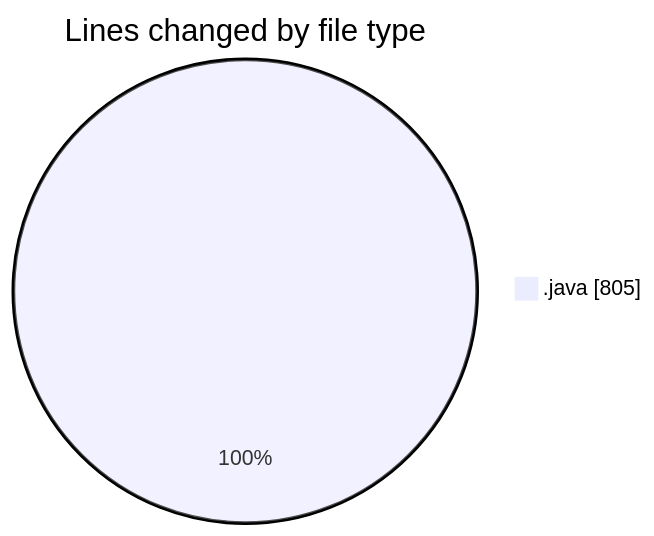
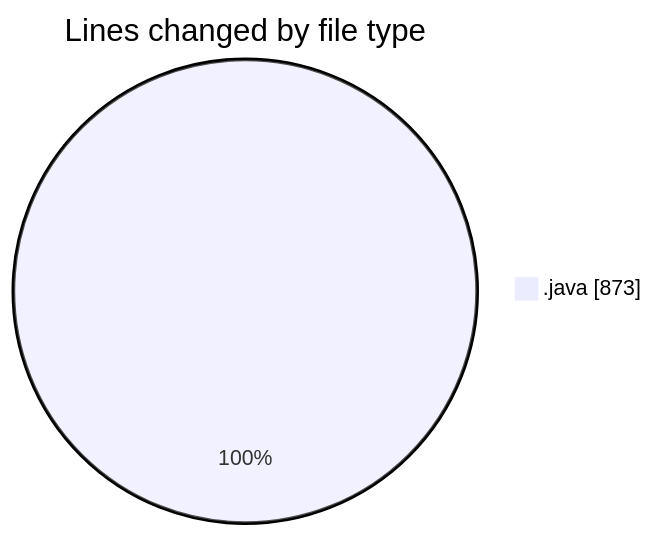
The first of 2 diagrams in 2025-04-02/startfiles__2_/README.md (NitaiMahat/code-tracking), drawn with Mermaid before and after one commit. The commit also changed other lines of this file and 1 other file, not shown here.

````diff
--- a/2025-04-02/startfiles__2_/README.md
+++ b/2025-04-02/startfiles__2_/README.md
@@ -25,5 +25,5 @@
 ```mermaid
 pie showData
 title Lines changed by file type
-".java" : 805
+".java" : 873
 ```
````
